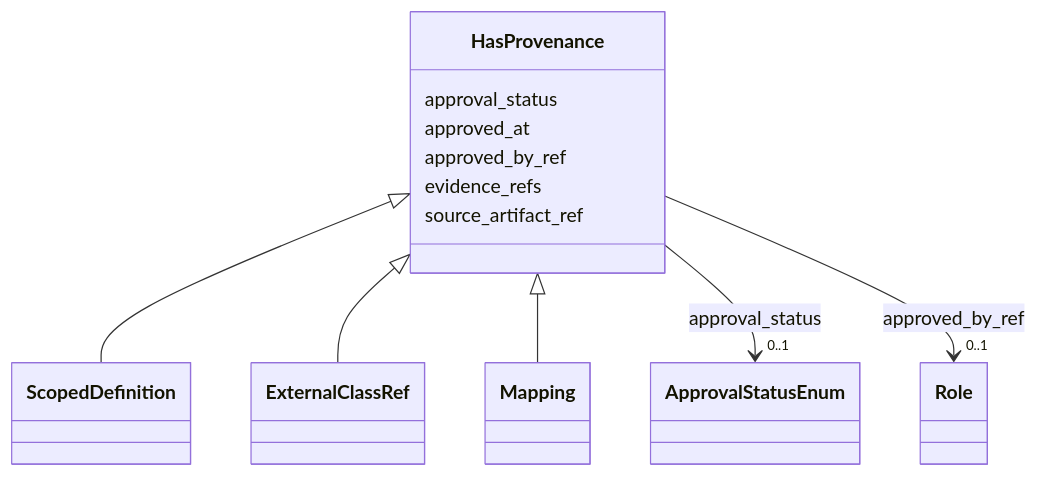
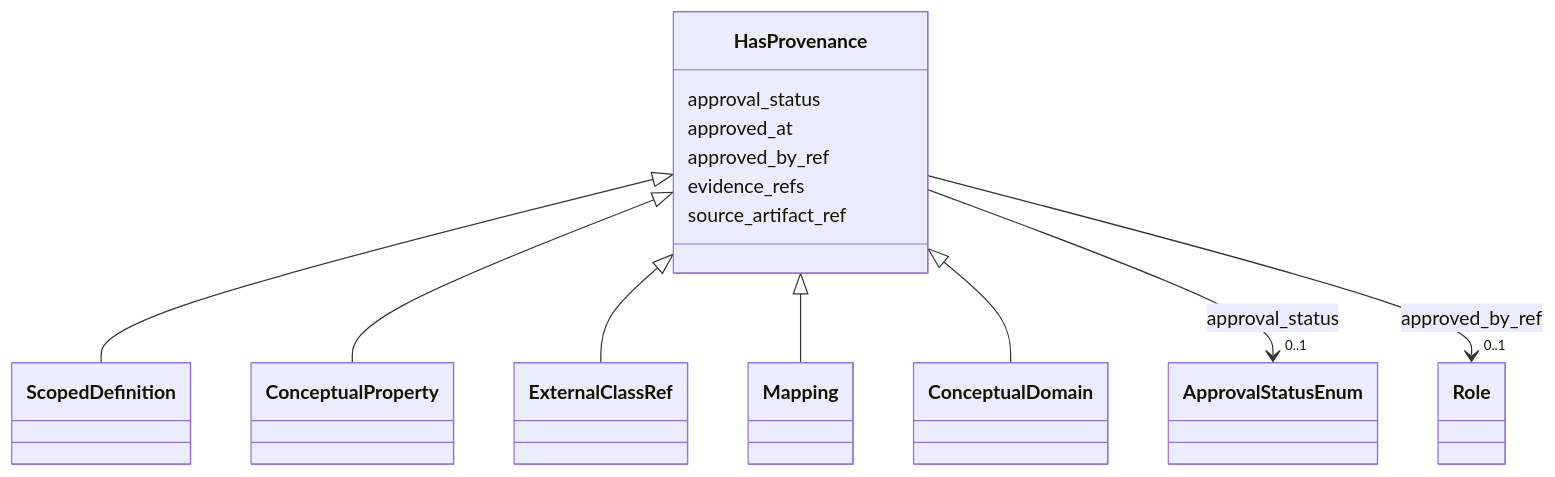
One commit to oista/moex-data-model changed the diagram in generated/artifacts/moex-dams/0.1/diagrams/HasProvenance.md. Above: the diagram before and after it, drawn with Mermaid. The commit also changed 193 other files, not shown here.

First line of the commit message:
feat(dams): introduce DataStructure and SchemaNode, separate Message (#11)

````diff
--- a/generated/artifacts/moex-dams/0.1/diagrams/HasProvenance.md
+++ b/generated/artifacts/moex-dams/0.1/diagrams/HasProvenance.md
@@ -4,41 +4,45 @@
 ```mermaid
  classDiagram
     class HasProvenance
     click HasProvenance href "../HasProvenance"
       HasProvenance <|-- ScopedDefinition
         click ScopedDefinition href "../ScopedDefinition"
+      HasProvenance <|-- ConceptualProperty
+        click ConceptualProperty href "../ConceptualProperty"
       HasProvenance <|-- ExternalClassRef
         click ExternalClassRef href "../ExternalClassRef"
       HasProvenance <|-- Mapping
         click Mapping href "../Mapping"
+      HasProvenance <|-- ConceptualDomain
+        click ConceptualDomain href "../ConceptualDomain"
       
       HasProvenance : approval_status
         
           
     
         
         
         HasProvenance --> "0..1" ApprovalStatusEnum : approval_status
         click ApprovalStatusEnum href "../ApprovalStatusEnum"
     
 
         
       HasProvenance : approved_at
         
       HasProvenance : approved_by_ref
         
           
     
         
         
         HasProvenance --> "0..1" Role : approved_by_ref
         click Role href "../Role"
     
 
         
       HasProvenance : evidence_refs
         
       HasProvenance : source_artifact_ref
         
       
 ```
````
